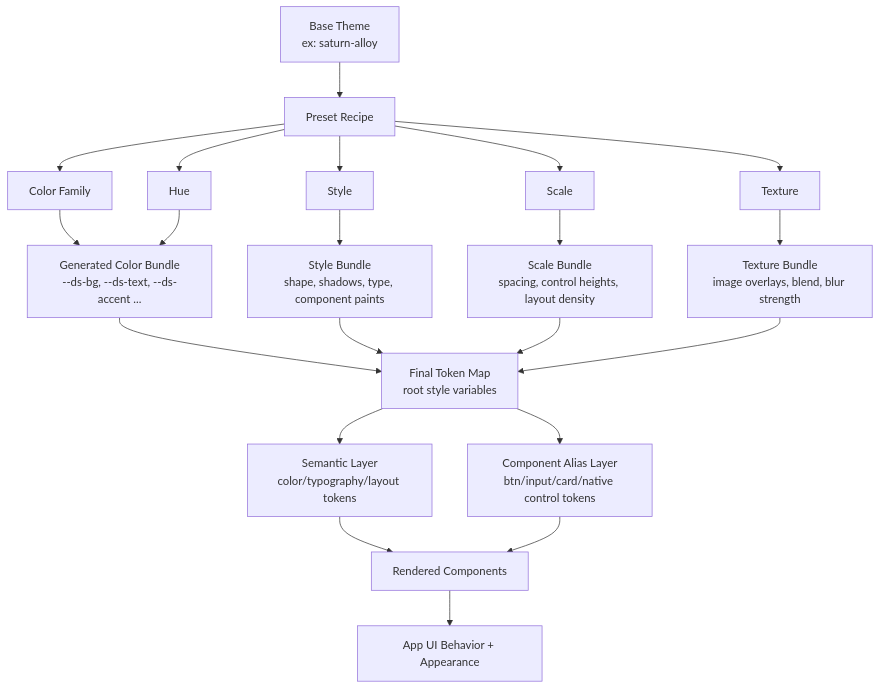
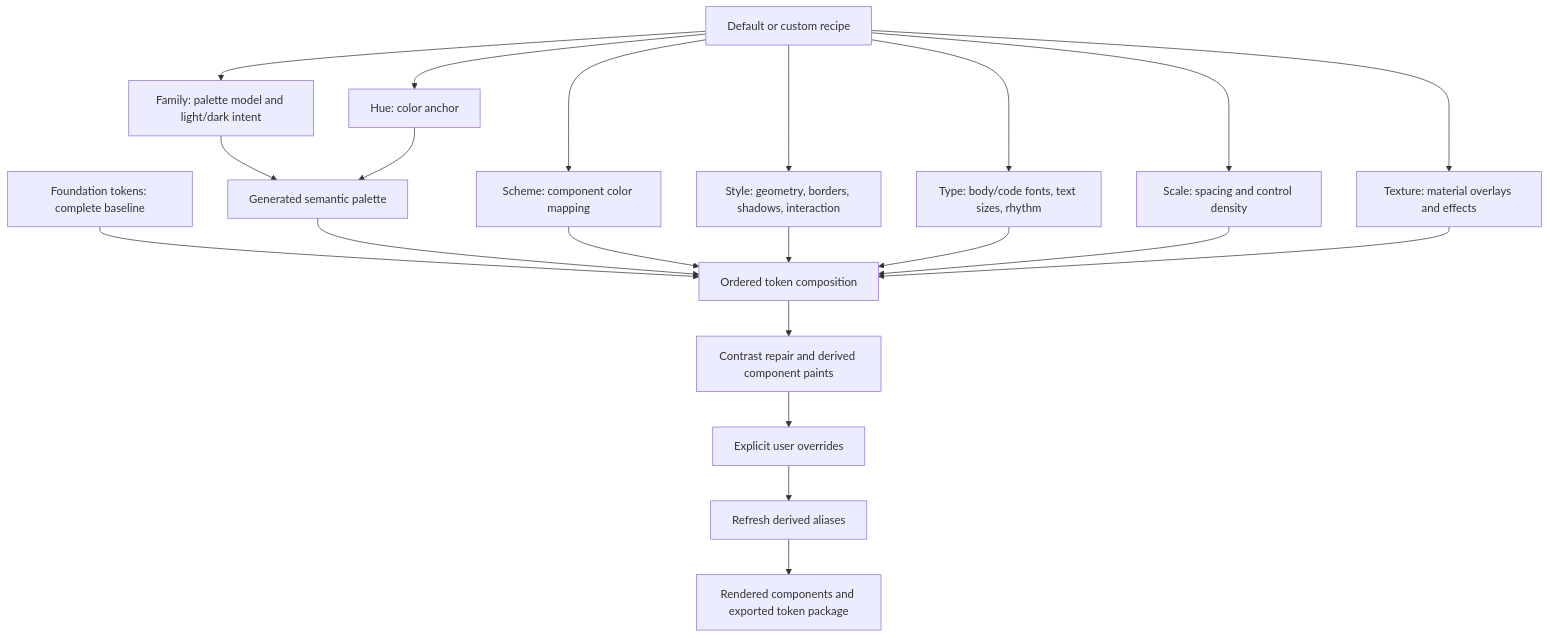
Before and after one commit to sofluous/DesignSystemizer: the diagram in wiki/THEME_ARCHITECTURE_DIAGRAM.md, drawn with Mermaid. The commit also changed other lines of this file and 39 other files, not shown here.

````diff
--- a/wiki/THEME_ARCHITECTURE_DIAGRAM.md
+++ b/wiki/THEME_ARCHITECTURE_DIAGRAM.md
@@ -7,27 +7,23 @@
 ```mermaid
 flowchart TD
-  A[Base Theme\nex: saturn-alloy] --> B[Preset Recipe]
-  B --> B1[Color Family]
-  B --> B2[Hue]
-  B --> B3[Style]
-  B --> B4[Scale]
-  B --> B5[Texture]
-
-  B1 --> C[Generated Color Bundle\n--ds-bg, --ds-text, --ds-accent ...]
-  B2 --> C
-  B3 --> D[Style Bundle\nshape, shadows, type, component paints]
-  B4 --> E[Scale Bundle\nspacing, control heights, layout density]
-  B5 --> F[Texture Bundle\nimage overlays, blend, blur strength]
-
-  C --> G[Final Token Map\nroot style variables]
-  D --> G
-  E --> G
-  F --> G
-
-  G --> H[Semantic Layer\ncolor/typography/layout tokens]
-  G --> I[Component Alias Layer\nbtn/input/card/native control tokens]
-
-  H --> J[Rendered Components]
-  I --> J
-  J --> K[App UI Behavior + Appearance]
+  Recipe[Default or custom recipe] --> Family[Family: palette model and light/dark intent]
+  Recipe --> Hue[Hue: color anchor]
+  Recipe --> Scheme[Scheme: component color mapping]
+  Recipe --> Style[Style: geometry, borders, shadows, interaction]
+  Recipe --> Type[Type: body/code fonts, text sizes, rhythm]
+  Recipe --> Scale[Scale: spacing and control density]
+  Recipe --> Texture[Texture: material overlays and effects]
+  Family --> Palette[Generated semantic palette]
+  Hue --> Palette
+  Foundation[Foundation tokens: complete baseline] --> Composition[Ordered token composition]
+  Palette --> Composition
+  Scheme --> Composition
+  Style --> Composition
+  Type --> Composition
+  Scale --> Composition
+  Texture --> Composition
+  Composition --> Safety[Contrast repair and derived component paints]
+  Safety --> Edits[Explicit user overrides]
+  Edits --> Aliases[Refresh derived aliases]
+  Aliases --> Result[Rendered components and exported token package]
 ```
````
